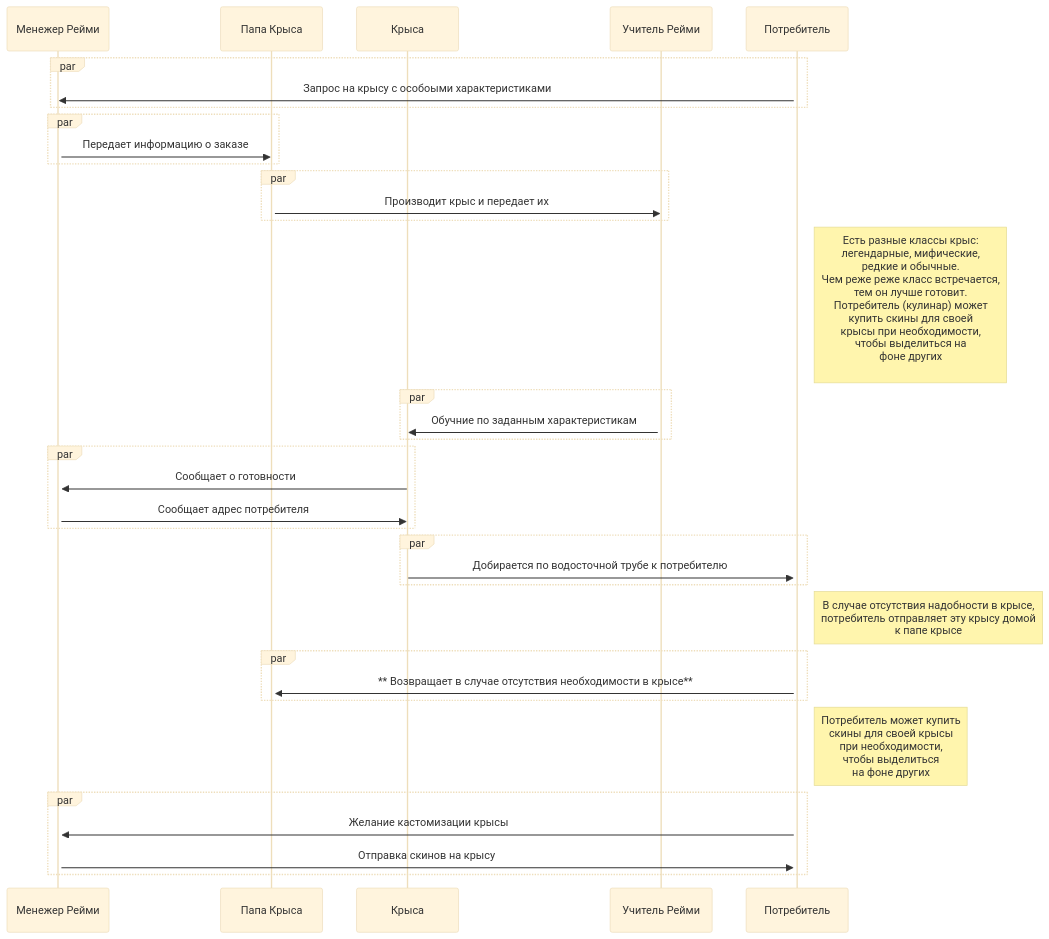
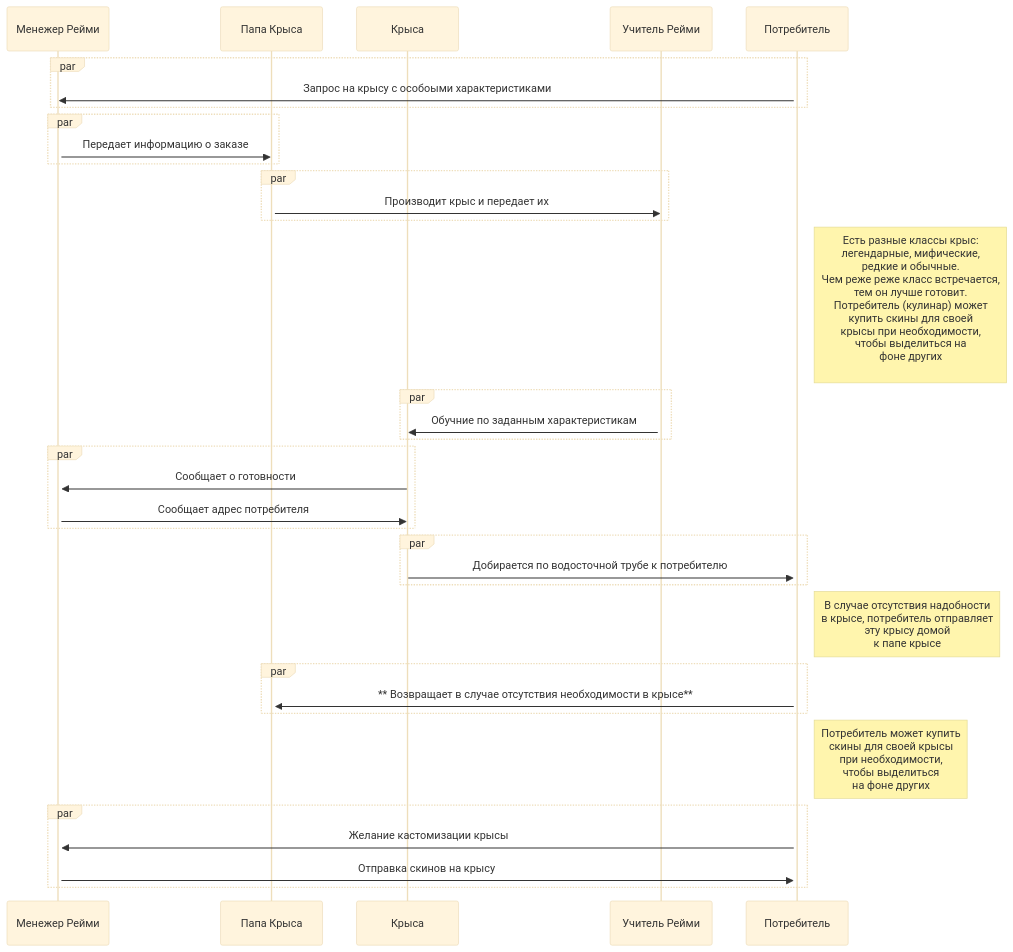
Before and after one commit to VegaMethadone/Software-engineering-: the diagram in README.md, drawn with Mermaid (base theme).

````diff
--- a/README.md
+++ b/README.md
@@ -13,44 +13,44 @@
 ```mermaid
 sequenceDiagram
     participant МР as Менежер Рейми
     participant ПК as Папа Крыса
     participant К as Крыса
     participant Р as Учитель Рейми
     participant П as Потребитель
     activate П
     par
         П->>МР: Запрос на крысу с особоыми характеристиками 
     end
     activate МР
     par
         МР->>ПК:Передает информацию о заказе
     end
     activate ПК
     par
         ПК->>Р: Производит крыс и передает их
     end
 
     note right of П: Есть разные классы крыс: <br>легендарные, мифические,<br> редкие и обычные.<br> Чем реже реже класс встречается,<br>тем он лучше готовит. <br> Потребитель (кулинар) может <br>купить скины для своей<br> крысы при необходимости, <br>чтобы выделиться на <br>фоне других<br>
 
     activate Р
     par 
         Р->>К:Обучние по заданным характеристикам
     end
     par
         К->>МР:Сообщает о готовности 
         МР->>К:Сообщает адрес потребителя
     end
     par
         К->>П: Добирается по водосточной трубе к потребителю
     end
-    note right of П: В случае отсутствия надобности в крысе, <br>потребитель отправляет эту крысу домой <br> к папе крысе
+    note right of П: В случае отсутствия надобности <br>в крысе, потребитель отправляет <br>эту крысу домой <br> к папе крысе
     par
         П->>ПК:** Возвращает в случае отсутствия необходимости в крысе**
     end
     note right of П: Потребитель может купить <br> скины для своей крысы <br>при необходимости, <br>чтобы выделиться <br>на фоне других
     par
         П->>МР: Желание кастомизации крысы
         МР->>П: Отправка скинов на крысу
     end
      
 ```
````
